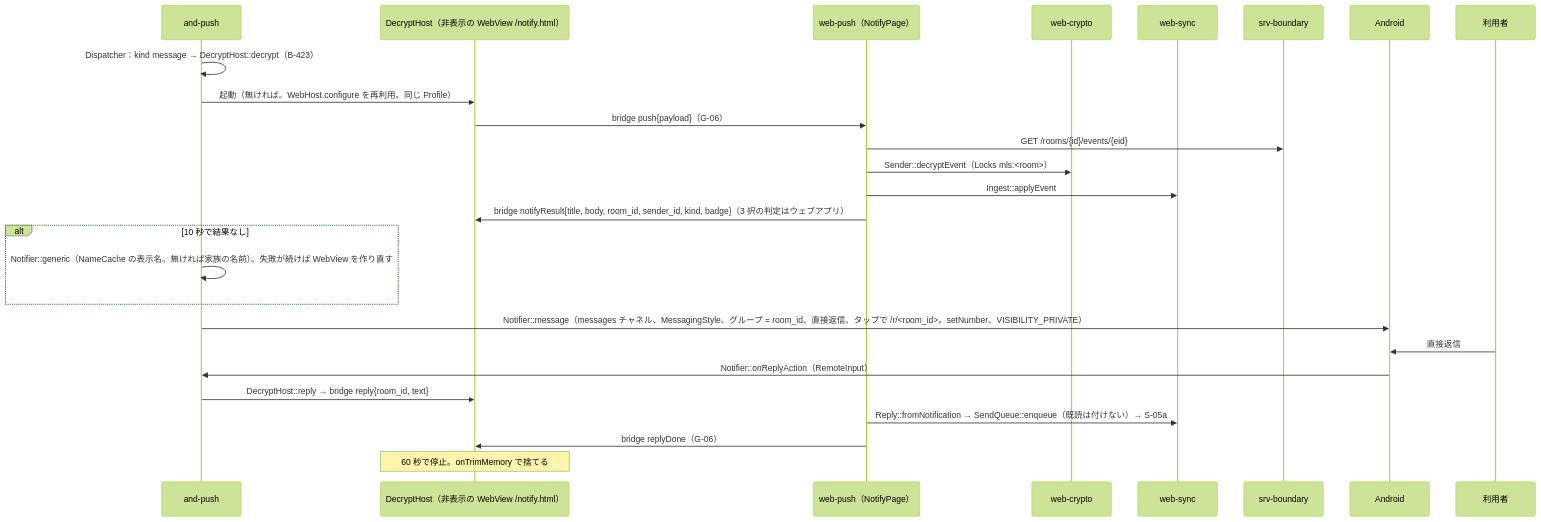
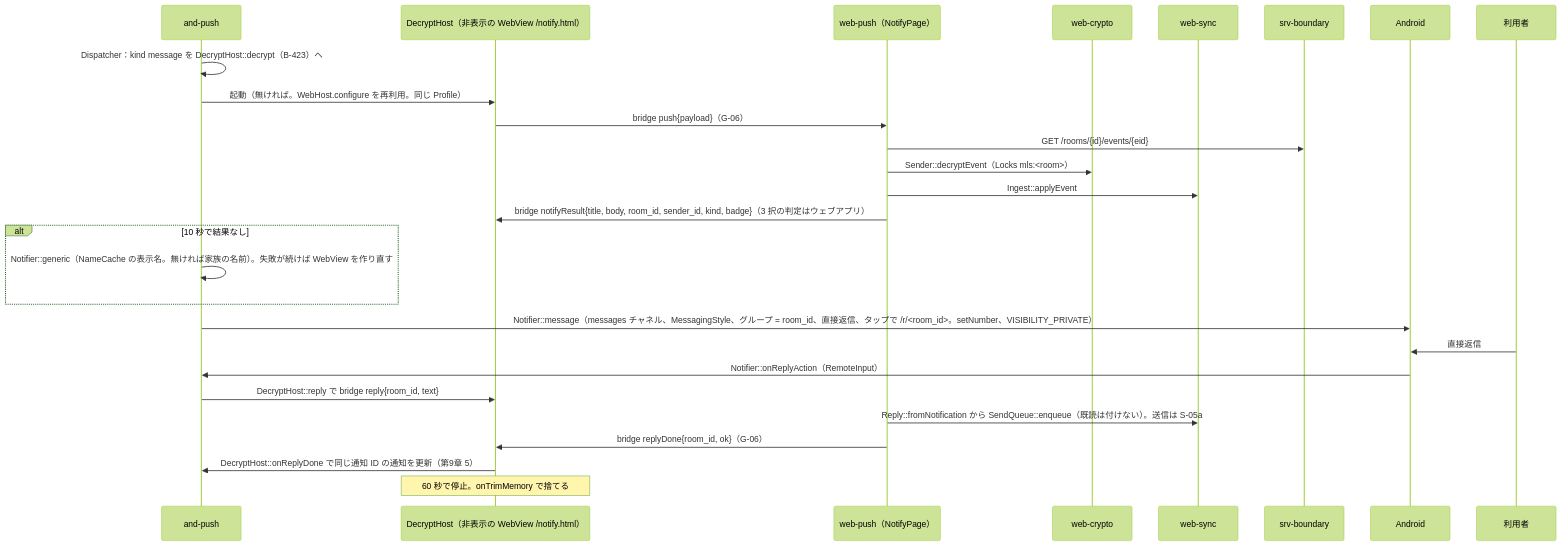
One commit to nrsd-ishikawasou/family-talk-pwa changed the fourth of 5 diagrams in dev/docs/jp/シーケンス/08_通知.md. Above: the diagram before and after it, drawn with Mermaid (forest theme). The commit also changed other lines of this file and 290 other files, not shown here.

````diff
--- a/dev/docs/jp/シーケンス/08_通知.md
+++ b/dev/docs/jp/シーケンス/08_通知.md
@@ -127,28 +137,29 @@
 ```mermaid
 sequenceDiagram
   participant AP as and-push
   participant DH as DecryptHost（非表示の WebView /notify.html）
   participant WP as web-push（NotifyPage）
   participant WX as web-crypto
   participant WS as web-sync
   participant BD as srv-boundary
   participant OS as Android
   participant U as 利用者
-  AP->>AP: Dispatcher：kind message → DecryptHost::decrypt（B-423）
+  AP->>AP: Dispatcher：kind message を DecryptHost::decrypt（B-423）へ
   AP->>DH: 起動（無ければ。WebHost.configure を再利用。同じ Profile）
   DH->>WP: bridge push{payload}（G-06）
   WP->>BD: GET /rooms/{id}/events/{eid}
   WP->>WX: Sender::decryptEvent（Locks mls:<room>）
   WP->>WS: Ingest::applyEvent
   WP->>DH: bridge notifyResult{title, body, room_id, sender_id, kind, badge}（3 択の判定はウェブアプリ）
   alt 10 秒で結果なし
     AP->>AP: Notifier::generic（NameCache の表示名。無ければ家族の名前）。失敗が続けば WebView を作り直す
   end
   AP->>OS: Notifier::message（messages チャネル、MessagingStyle、グループ = room_id、直接返信、タップで /r/<room_id>。setNumber、VISIBILITY_PRIVATE）
   U->>OS: 直接返信
   OS->>AP: Notifier::onReplyAction（RemoteInput）
-  AP->>DH: DecryptHost::reply → bridge reply{room_id, text}
-  WP->>WS: Reply::fromNotification → SendQueue::enqueue（既読は付けない）→ S-05a
-  WP->>DH: bridge replyDone（G-06）
+  AP->>DH: DecryptHost::reply で bridge reply{room_id, text}
+  WP->>WS: Reply::fromNotification から SendQueue::enqueue（既読は付けない）。送信は S-05a
+  WP->>DH: bridge replyDone{room_id, ok}（G-06）
+  DH->>AP: DecryptHost::onReplyDone で同じ通知 ID の通知を更新（第9章 5）
   Note over DH: 60 秒で停止。onTrimMemory で捨てる
 ```
````
